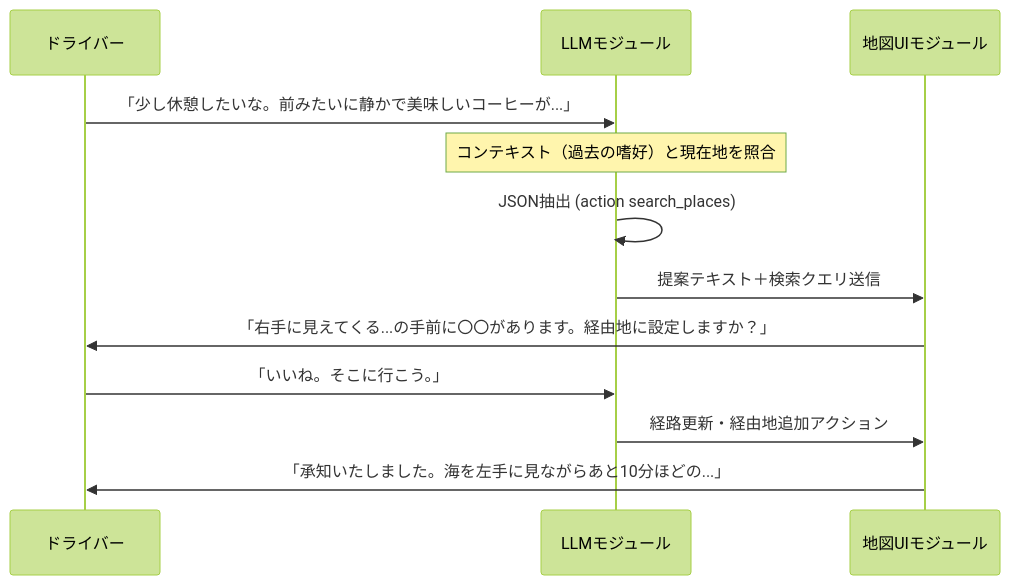
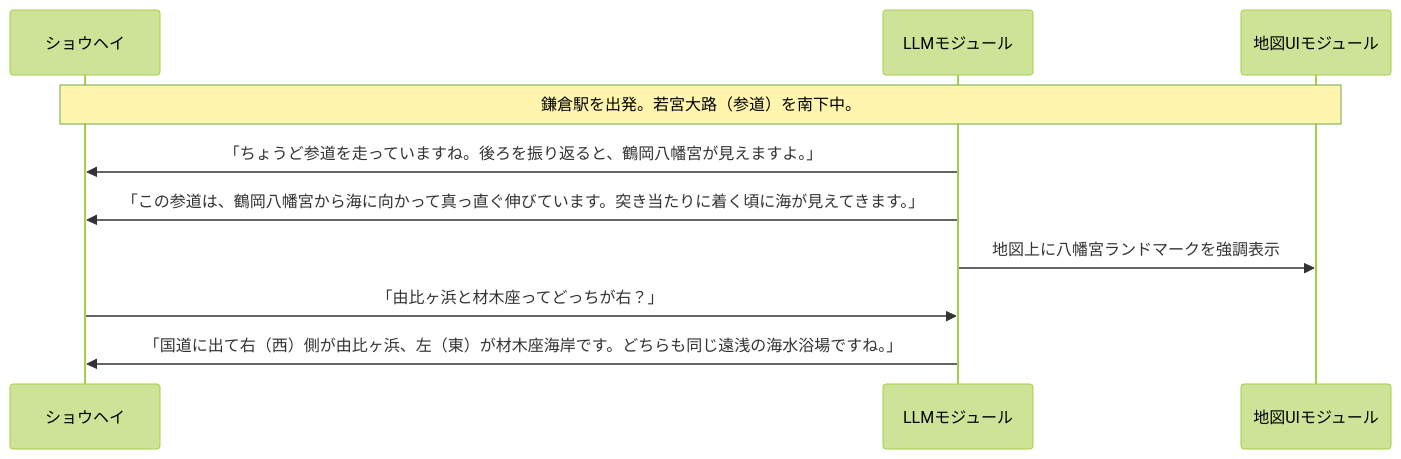
Before and after one commit to yamaPiT/VoiceNavi: the third of 7 diagrams in doc/SW105_ソフトウェア要求仕様書.md, drawn with Mermaid (forest theme). The commit also changed other lines of this file and 5462 other files, not shown here.

````diff
--- a/doc/SW105_ソフトウェア要求仕様書.md
+++ b/doc/SW105_ソフトウェア要求仕様書.md
@@ -136,15 +168,13 @@
 ```mermaid
 sequenceDiagram
-    participant D as ドライバー
+    participant S as ショウヘイ
     participant L as LLMモジュール
     participant M as 地図UIモジュール
-    
-    D->>L: 「少し休憩したいな。前みたいに静かで美味しいコーヒーが...」
-    Note over L: コンテキスト（過去の嗜好）と現在地を照合
-    L->>L: JSON抽出 (action search_places)
-    L->>M: 提案テキスト＋検索クエリ送信
-    M->>D: 「右手に見えてくる...の手前に〇〇があります。経由地に設定しますか？」
-    D->>L: 「いいね。そこに行こう。」
-    L->>M: 経路更新・経由地追加アクション
-    M->>D: 「承知いたしました。海を左手に見ながらあと10分ほどの...」
+
+    Note over S,M: 鎌倉駅を出発。若宮大路（参道）を南下中。
+    L->>S: 「ちょうど参道を走っていますね。後ろを振り返ると、鶴岡八幡宮が見えますよ。」
+    L->>S: 「この参道は、鶴岡八幡宮から海に向かって真っ直ぐ伸びています。突き当たりに着く頃に海が見えてきます。」
+    L->>M: 地図上に八幡宮ランドマークを強調表示
+    S->>L: 「由比ヶ浜と材木座ってどっちが右？」
+    L->>S: 「国道に出て右（西）側が由比ヶ浜、左（東）が材木座海岸です。どちらも同じ遠浅の海水浴場ですね。」
 ```
````
